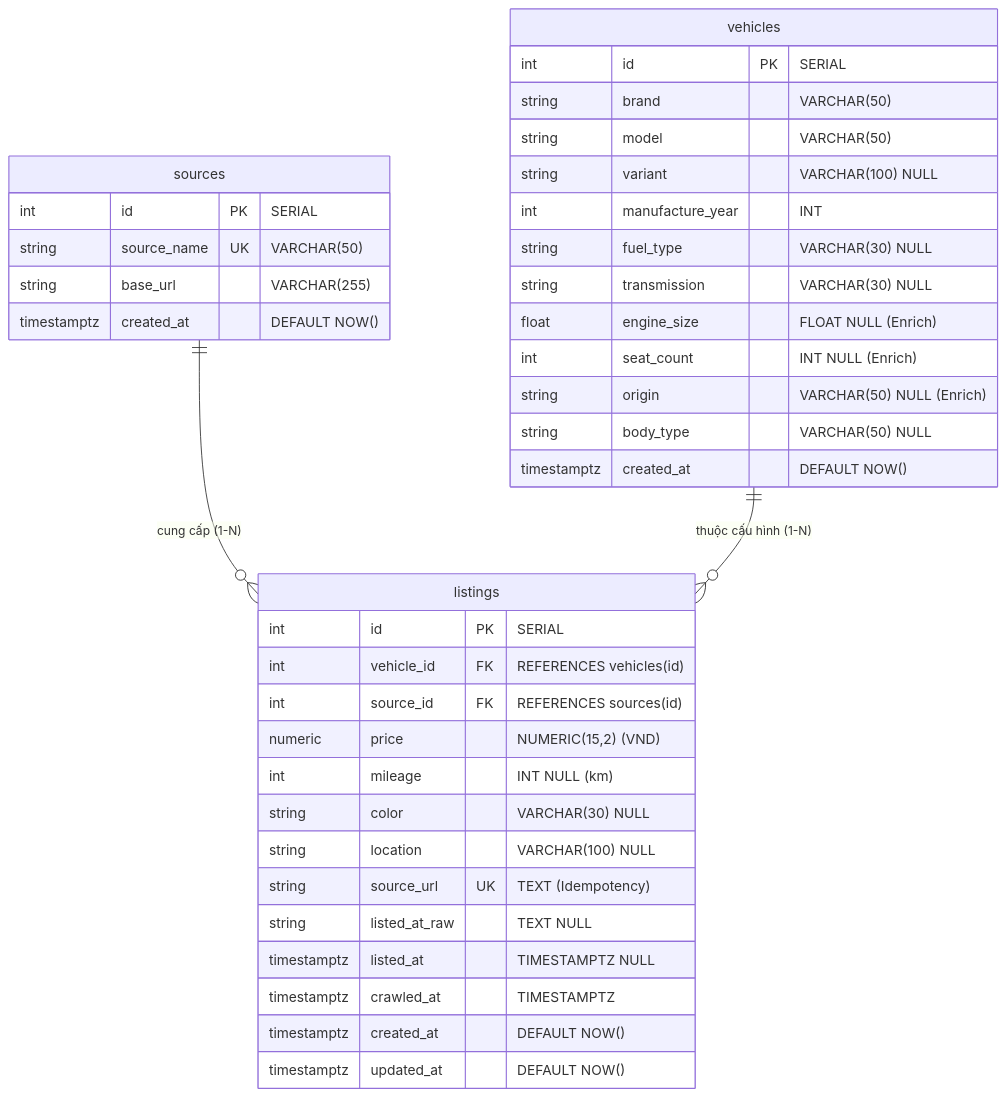
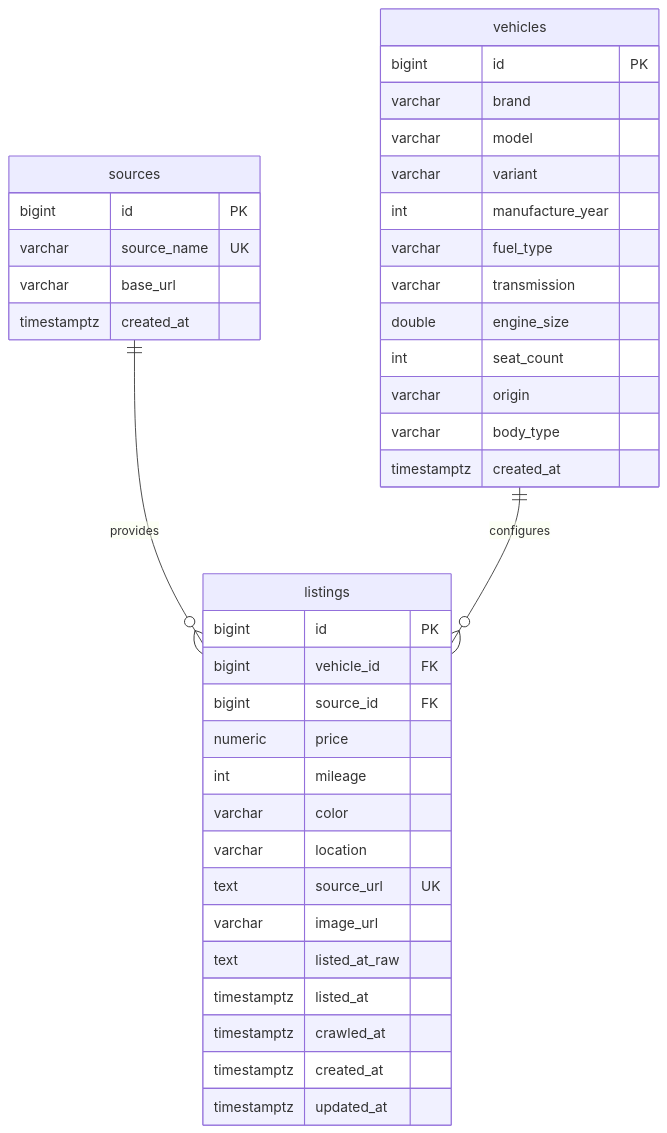
Before and after one commit to Trung-Khang/Used-Car-Smart-System: the diagram in docs/Database/ERD/ERD.md, drawn with Mermaid. The commit also changed other lines of this file and 8 other files, not shown here.

Commit message:
fix(database): release schema v2.0.1 patch

````diff
--- a/docs/Database/ERD/ERD.md
+++ b/docs/Database/ERD/ERD.md
@@ -14,43 +5,44 @@
 ```mermaid
 erDiagram
-    sources ||--o{ listings : "cung cấp (1-N)"
-    vehicles ||--o{ listings : "thuộc cấu hình (1-N)"
+    sources ||--o{ listings : provides
+    vehicles ||--o{ listings : configures
 
     sources {
-        int id PK "SERIAL"
-        string source_name UK "VARCHAR(50)"
-        string base_url "VARCHAR(255)"
-        timestamptz created_at "DEFAULT NOW()"
+        bigint id PK
+        varchar source_name UK
+        varchar base_url
+        timestamptz created_at
     }
 
     vehicles {
-        int id PK "SERIAL"
-        string brand "VARCHAR(50)"
-        string model "VARCHAR(50)"
-        string variant "VARCHAR(100) NULL"
-        int manufacture_year "INT"
-        string fuel_type "VARCHAR(30) NULL"
-        string transmission "VARCHAR(30) NULL"
-        float engine_size "FLOAT NULL (Enrich)"
-        int seat_count "INT NULL (Enrich)"
-        string origin "VARCHAR(50) NULL (Enrich)"
-        string body_type "VARCHAR(50) NULL"
-        timestamptz created_at "DEFAULT NOW()"
+        bigint id PK
+        varchar brand
+        varchar model
+        varchar variant
+        int manufacture_year
+        varchar fuel_type
+        varchar transmission
+        double engine_size
+        int seat_count
+        varchar origin
+        varchar body_type
+        timestamptz created_at
     }
 
     listings {
-        int id PK "SERIAL"
-        int vehicle_id FK "REFERENCES vehicles(id)"
-        int source_id FK "REFERENCES sources(id)"
-        numeric price "NUMERIC(15,2) (VND)"
-        int mileage "INT NULL (km)"
-        string color "VARCHAR(30) NULL"
-        string location "VARCHAR(100) NULL"
-        string source_url UK "TEXT (Idempotency)"
-        string listed_at_raw "TEXT NULL"
-        timestamptz listed_at "TIMESTAMPTZ NULL"
-        timestamptz crawled_at "TIMESTAMPTZ"
-        timestamptz created_at "DEFAULT NOW()"
-        timestamptz updated_at "DEFAULT NOW()"
+        bigint id PK
+        bigint vehicle_id FK
+        bigint source_id FK
+        numeric price
+        int mileage
+        varchar color
+        varchar location
+        text source_url UK
+        varchar image_url
+        text listed_at_raw
+        timestamptz listed_at
+        timestamptz crawled_at
+        timestamptz created_at
+        timestamptz updated_at
     }
 ```
````
